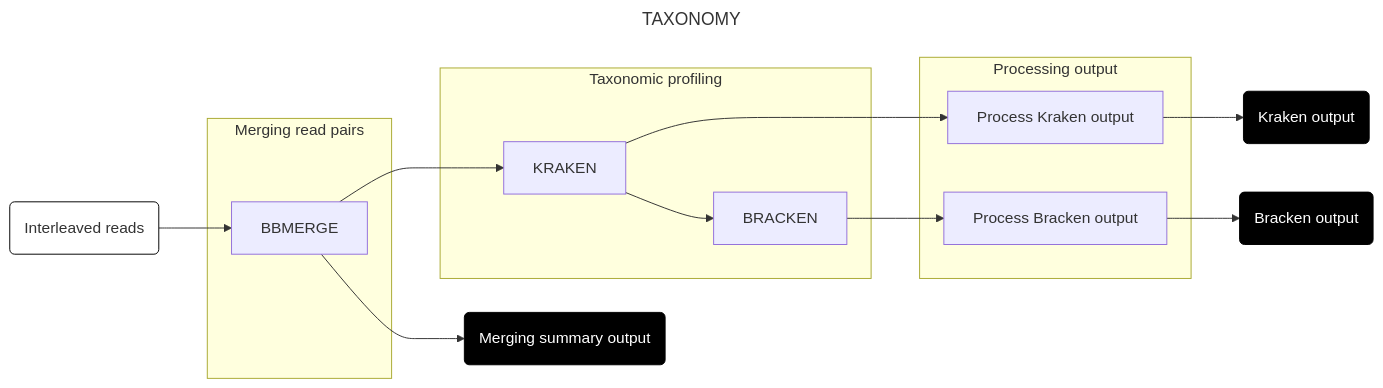
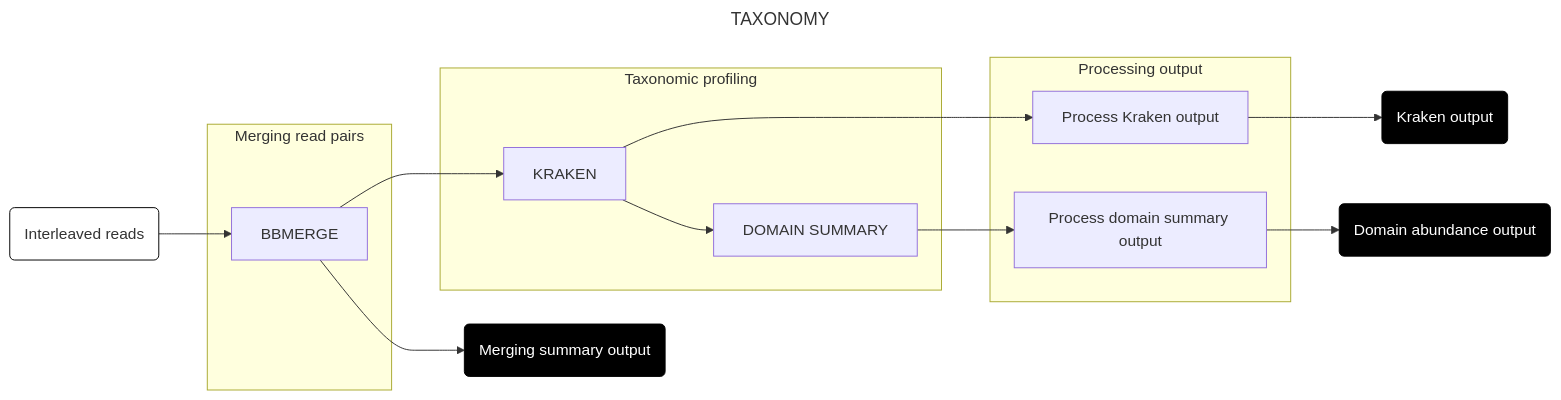
Before and after one commit to securebio/nao-mgs-workflow: the fourth of 9 diagrams in docs/run.md, drawn with Mermaid. The commit also changed other lines of this file and 21 other files, not shown here.

````diff
--- a/docs/run.md
+++ b/docs/run.md
@@ -123,31 +123,31 @@
 ```mermaid
 ---
 title: TAXONOMY
 config:
   layout: horizontal
 ---
 flowchart LR
 A(Interleaved reads) --> B[BBMERGE]
 B --> C(Merging summary output)
 B --> D[KRAKEN]
 D --> E[Process Kraken output]
 E --> F(Kraken output)
-D --> G[BRACKEN]
-G --> H[Process Bracken output]
-H --> I(Bracken output)
+D --> G[DOMAIN SUMMARY]
+G --> H[Process domain summary output]
+H --> I(Domain abundance output)
 subgraph "Merging read pairs"
 B
 end
 subgraph "Taxonomic profiling"
 D
 G
 end
 subgraph "Processing output"
 E
 H
 end
 style A fill:#fff,stroke:#000
 style C fill:#000,color:#fff,stroke:#000
 style F fill:#000,color:#fff,stroke:#000
 style I fill:#000,color:#fff,stroke:#000
 ```
````
